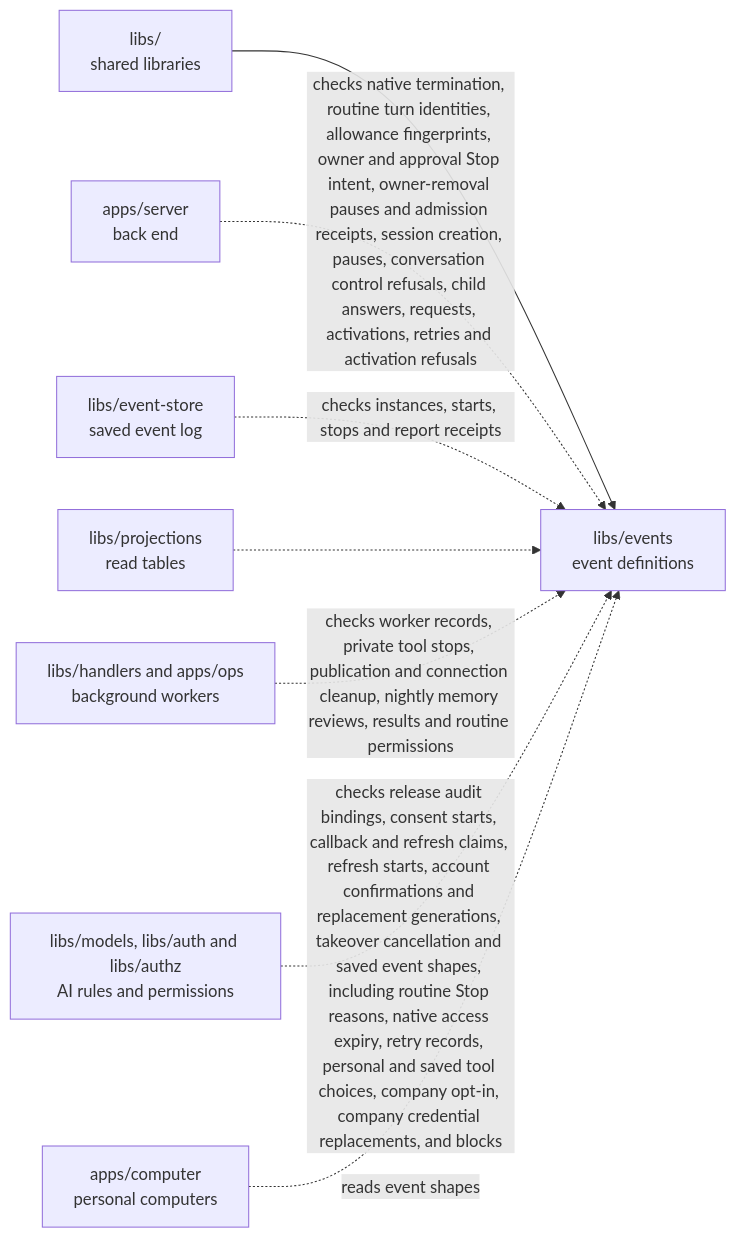
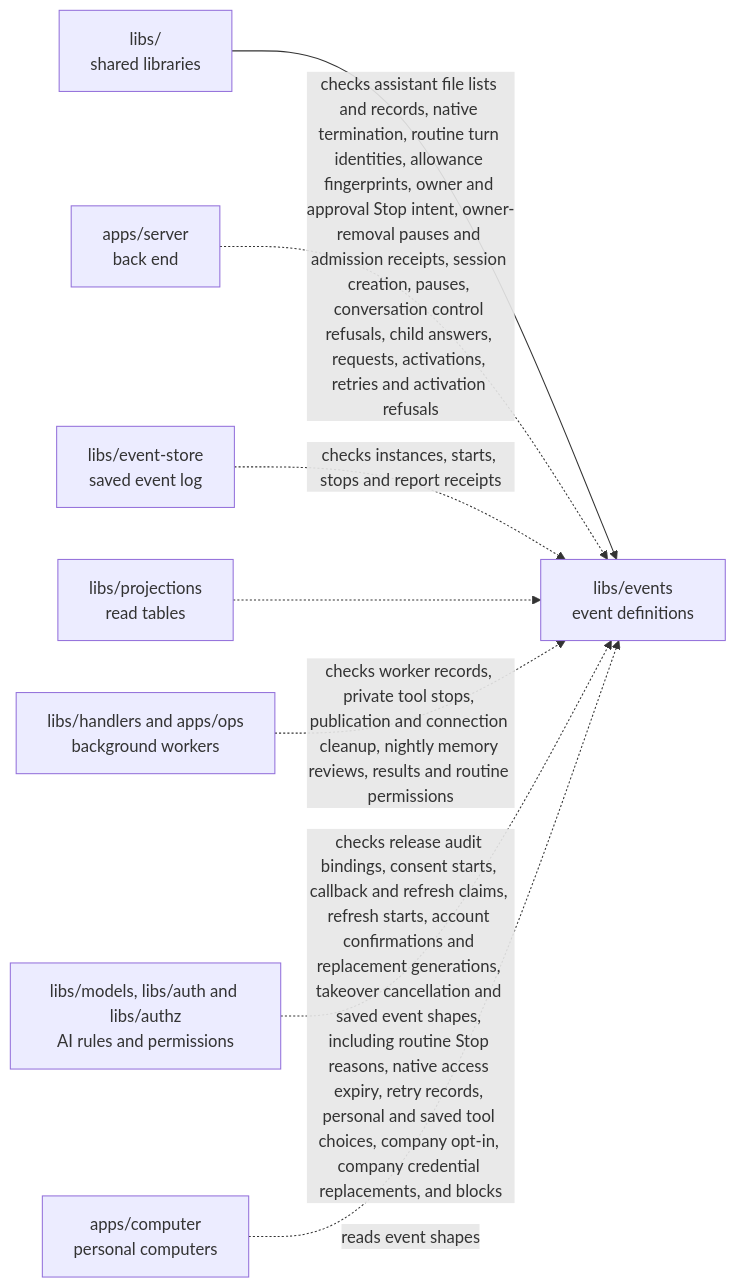
The diagram in libs/events/README.md (elewa-git/opencrane-new), drawn with Mermaid before and after one commit. The commit also changed other lines of this file and 42 other files, not shown here.

````diff
--- a/libs/events/README.md
+++ b/libs/events/README.md
@@ -43,10 +46,10 @@
 ```mermaid
 flowchart LR
   parent["libs/<br/>shared libraries"] --> events["libs/events<br/>event definitions"]
-  server["apps/server<br/>back end"] -.->|checks native termination, routine turn identities, allowance fingerprints, owner and approval Stop intent, owner-removal pauses and admission receipts, session creation, pauses, conversation control refusals, child answers, requests, activations, retries and activation refusals| events
+  server["apps/server<br/>back end"] -.->|checks assistant file lists and records, native termination, routine turn identities, allowance fingerprints, owner and approval Stop intent, owner-removal pauses and admission receipts, session creation, pauses, conversation control refusals, child answers, requests, activations, retries and activation refusals| events
   store["libs/event-store<br/>saved event log"] -.->|checks instances, starts, stops and report receipts| events
   projections["libs/projections<br/>read tables"] -.-> events
   workers["libs/handlers and apps/ops<br/>background workers"] -.->|checks worker records, private tool stops, publication and connection cleanup, nightly memory reviews, results and routine permissions| events
   models["libs/models, libs/auth and libs/authz<br/>AI rules and permissions"] -.->|checks release audit bindings, consent starts, callback and refresh claims, refresh starts, account confirmations and replacement generations, takeover cancellation and saved event shapes, including routine Stop reasons, native access expiry, retry records, personal and saved tool choices, company opt-in, company credential replacements, and blocks| events
   computer["apps/computer<br/>personal computers"] -.->|reads event shapes| events
 ```
````
